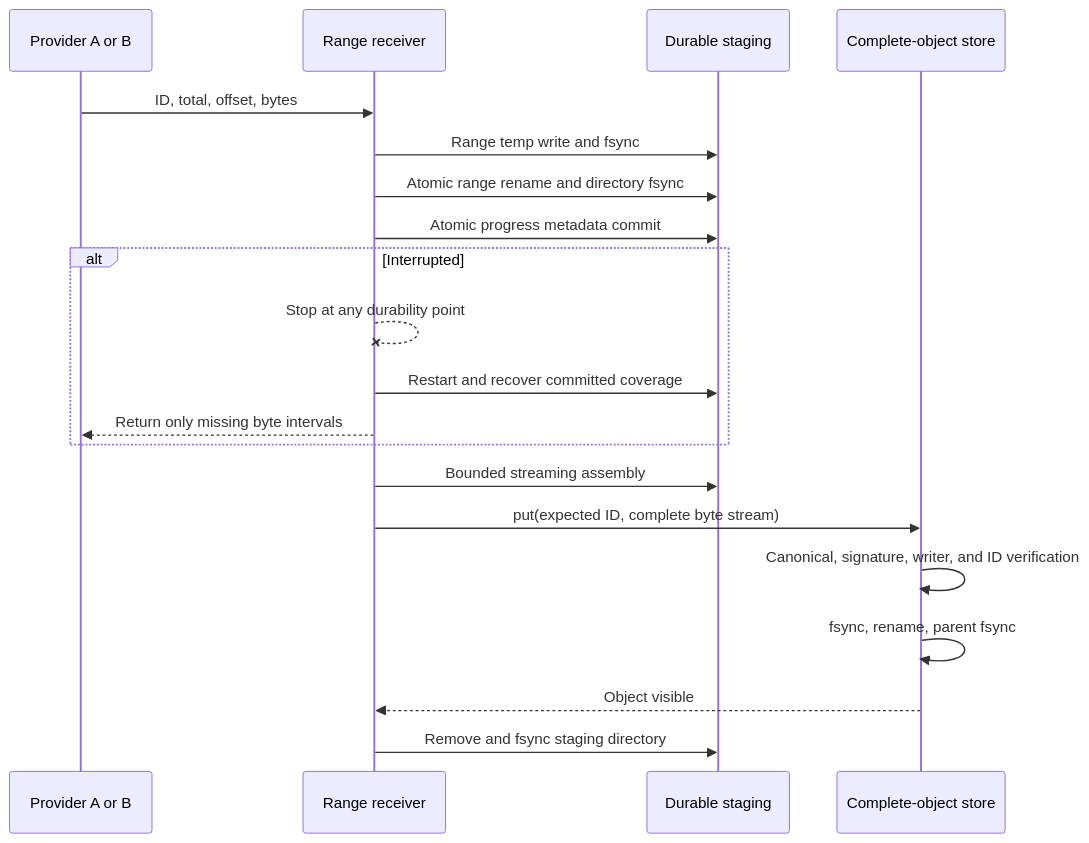
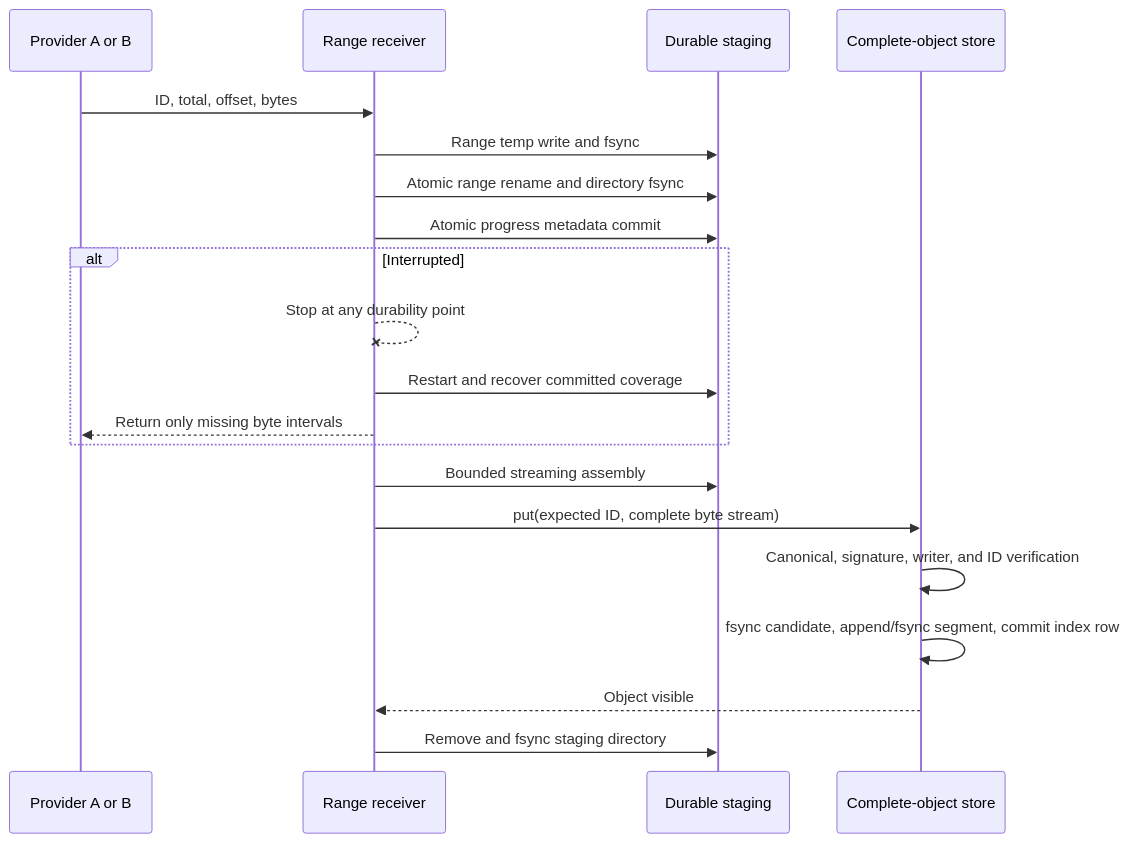
The diagram in docs/active-now/wal-parallel-protocol-task-pack/WAL-004-EVIDENCE.md (OriginTrail/dkg), drawn with Mermaid before and after one commit. The commit also changed other lines of this file and 7 other files, not shown here.

````diff
--- a/docs/active-now/wal-parallel-protocol-task-pack/WAL-004-EVIDENCE.md
+++ b/docs/active-now/wal-parallel-protocol-task-pack/WAL-004-EVIDENCE.md
@@ -38,22 +49,22 @@
 ```mermaid
 sequenceDiagram
     participant P as Provider A or B
     participant R as Range receiver
     participant T as Durable staging
     participant O as Complete-object store
     P->>R: ID, total, offset, bytes
     R->>T: Range temp write and fsync
     R->>T: Atomic range rename and directory fsync
     R->>T: Atomic progress metadata commit
     alt Interrupted
         R--xR: Stop at any durability point
         R->>T: Restart and recover committed coverage
         R-->>P: Return only missing byte intervals
     end
     R->>T: Bounded streaming assembly
     R->>O: put(expected ID, complete byte stream)
     O->>O: Canonical, signature, writer, and ID verification
-    O->>O: fsync, rename, parent fsync
+    O->>O: fsync candidate, append/fsync segment, commit index row
     O-->>R: Object visible
     R->>T: Remove and fsync staging directory
 ```
````
